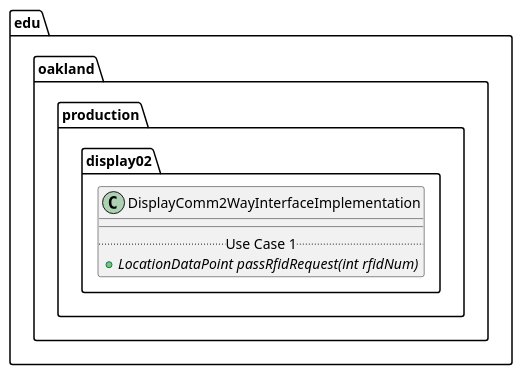
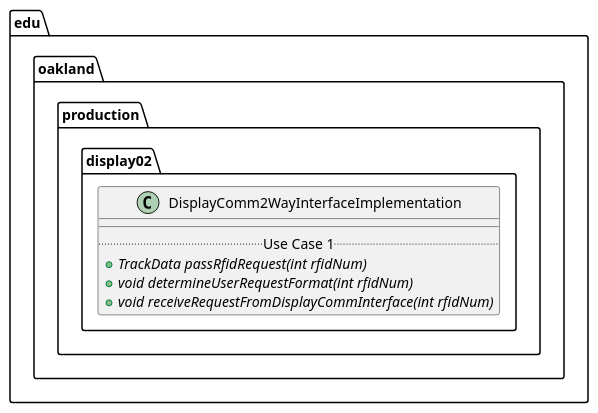
One commit to andrewdimmer/csi-3370-software-project changed the diagram in docs/uml-class-diagrams/display02/production/DisplayComm2WayInterfaceImplementation/DisplayComm2WayInterfaceImplementation.puml. Above: the diagram before and after it, drawn with PlantUML.

```diff
--- a/docs/uml-class-diagrams/display02/production/DisplayComm2WayInterfaceImplementation/DisplayComm2WayInterfaceImplementation.puml
+++ b/docs/uml-class-diagrams/display02/production/DisplayComm2WayInterfaceImplementation/DisplayComm2WayInterfaceImplementation.puml
@@ -1,11 +1,13 @@
 @startuml DisplayComm2WayInterfaceImplementation
 
 package edu.oakland.production.display02 {
     class DisplayComm2WayInterfaceImplementation {
         __
         .. Use Case 1 ..
-        {abstract} + LocationDataPoint passRfidRequest(int rfidNum)
+        {abstract} + TrackData passRfidRequest(int rfidNum)
+        {abstract} + void determineUserRequestFormat(int rfidNum)
+        {abstract} + void receiveRequestFromDisplayCommInterface(int rfidNum)
     }
 }
 
 @enduml
```
